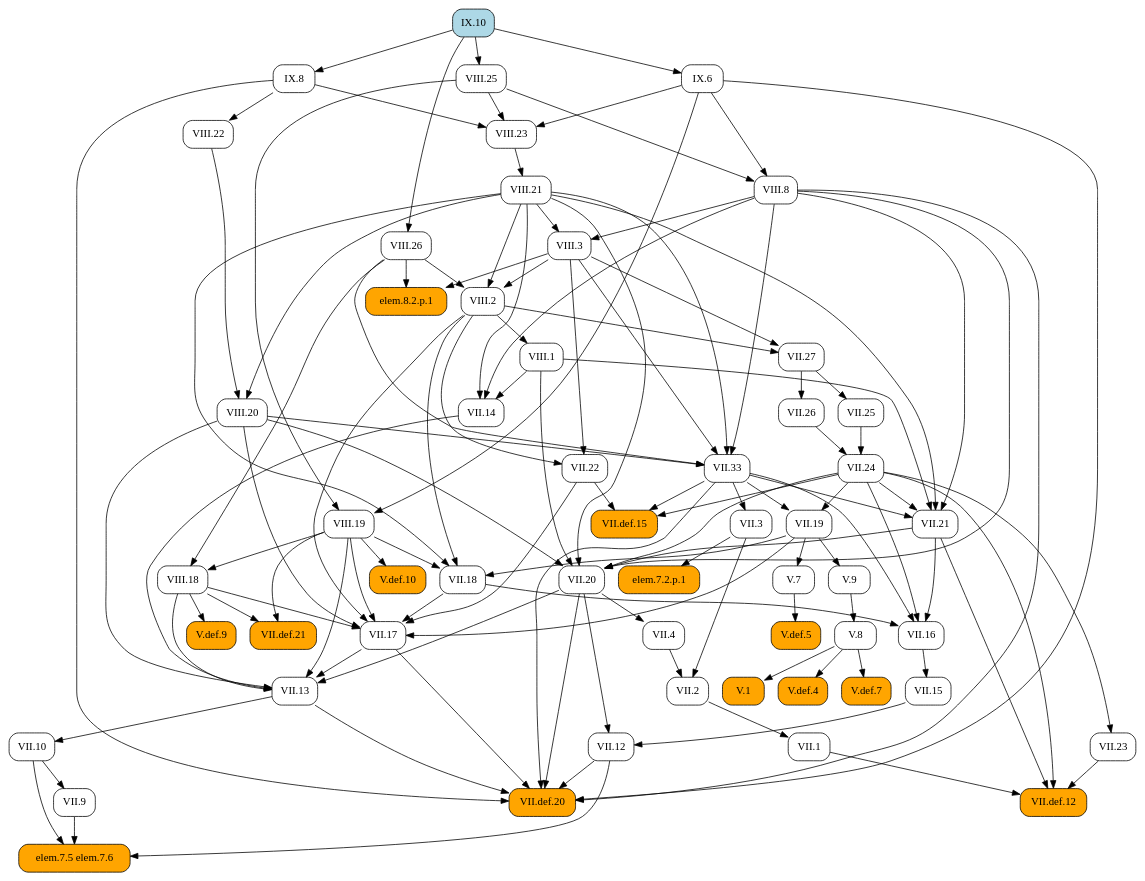
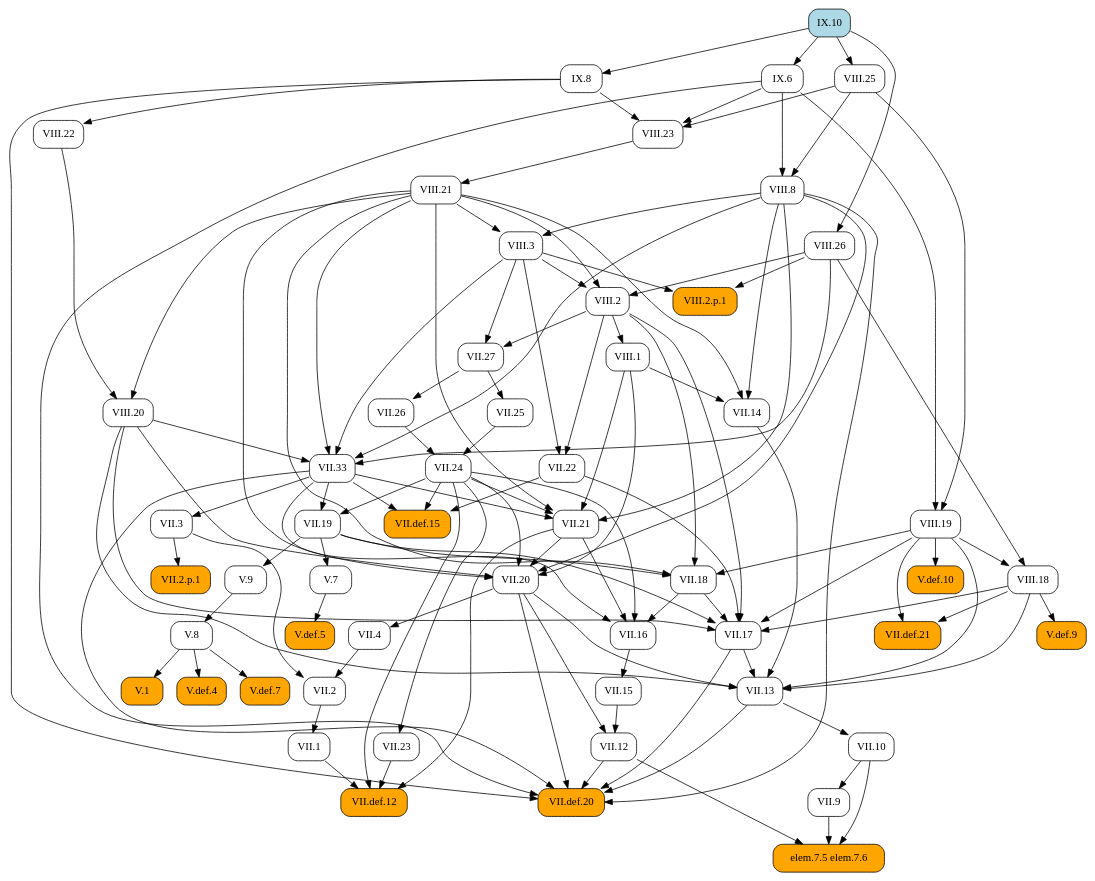
Before and after one commit to geometor/elements: the diagram in docsrc/heath/IX/10/index.rst, drawn with Graphviz. The commit also changed 484 other files, not shown here.

```diff
--- a/docsrc/heath/IX/10/index.rst
+++ b/docsrc/heath/IX/10/index.rst
@@ -60,68 +60,110 @@
    digraph {
      rankdir="TB";
      node [shape=box, style=rounded];
-     "VII.1" [URL="/heath/VII/1/", target="_top"];
-     "VIII.26" [URL="/heath/VIII/26/", target="_top"];
-     "V.def.10" [style="rounded,filled", fillcolor=orange, URL="/heath/V/def.10/", target="_top"];
+     "IX.8" [URL="/heath/IX/8/", target="_top"];
+     "VII.33" [URL="/heath/VII/33/", target="_top"];
+     "VII.12" [URL="/heath/VII/12/", target="_top"];
+     "elem.7.5 elem.7.6" [style="rounded,filled", fillcolor=orange];
+     "VIII.20" [URL="/heath/VIII/20/", target="_top"];
      "VII.9" [URL="/heath/VII/9/", target="_top"];
+     "IX.10" [style="rounded,filled", fillcolor=lightblue, URL="/heath/IX/10/", target="_top"];
+     "VIII.2" [URL="/heath/VIII/2/", target="_top"];
+     "VII.18" [URL="/heath/VII/18/", target="_top"];
+     "VII.16" [URL="/heath/VII/16/", target="_top"];
+     "V.7" [URL="/heath/V/7/", target="_top"];
+     "VII.26" [URL="/heath/VII/26/", target="_top"];
      "V.def.5" [style="rounded,filled", fillcolor=orange, URL="/heath/V/def.5/", target="_top"];
+     "V.9" [URL="/heath/V/9/", target="_top"];
+     "VIII.8" [URL="/heath/VIII/8/", target="_top"];
+     "VII.10" [URL="/heath/VII/10/", target="_top"];
+     "VIII.3" [URL="/heath/VIII/3/", target="_top"];
+     "VII.13" [URL="/heath/VII/13/", target="_top"];
+     "VIII.18" [URL="/heath/VIII/18/", target="_top"];
      "VIII.23" [URL="/heath/VIII/23/", target="_top"];
+     "VII.def.15" [style="rounded,filled", fillcolor=orange, URL="/heath/VII/def.15/", target="_top"];
+     "VIII.19" [URL="/heath/VIII/19/", target="_top"];
      "VII.17" [URL="/heath/VII/17/", target="_top"];
-     "VII.3" [URL="/heath/VII/3/", target="_top"];
-     "elem.7.5 elem.7.6" [style="rounded,filled", fillcolor=orange];
-     "VII.def.21" [style="rounded,filled", fillcolor=orange, URL="/heath/VII/def.21/", target="_top"];
+     "VIII.2.p.1" [style="rounded,filled", fillcolor=orange];
+     "VII.19" [URL="/heath/VII/19/", target="_top"];
+     "VII.2" [URL="/heath/VII/2/", target="_top"];
+     "VII.def.20" [style="rounded,filled", fillcolor=orange, URL="/heath/VII/def.20/", target="_top"];
+     "VII.2.p.1" [style="rounded,filled", fillcolor=orange];
+     "VII.15" [URL="/heath/VII/15/", target="_top"];
+     "V.def.4" [style="rounded,filled", fillcolor=orange, URL="/heath/V/def.4/", target="_top"];
+     "VIII.25" [URL="/heath/VIII/25/", target="_top"];
+     "VIII.22" [URL="/heath/VIII/22/", target="_top"];
+     "V.def.7" [style="rounded,filled", fillcolor=orange, URL="/heath/V/def.7/", target="_top"];
      "VIII.21" [URL="/heath/VIII/21/", target="_top"];
-     "V.7" [URL="/heath/V/7/", target="_top"];
-     "VIII.19" [URL="/heath/VIII/19/", target="_top"];
-     "VIII.25" [URL="/heath/VIII/25/", target="_top"];
-     "V.9" [URL="/heath/V/9/", target="_top"];
-     "VII.13" [URL="/heath/VII/13/", target="_top"];
-     "VII.2" [URL="/heath/VII/2/", target="_top"];
-     "VIII.1" [URL="/heath/VIII/1/", target="_top"];
-     "VIII.2" [URL="/heath/VIII/2/", target="_top"];
-     "VII.12" [URL="/heath/VII/12/", target="_top"];
-     "IX.8" [URL="/heath/IX/8/", target="_top"];
-     "VII.24" [URL="/heath/VII/24/", target="_top"];
-     "VII.def.12" [style="rounded,filled", fillcolor=orange, URL="/heath/VII/def.12/", target="_top"];
-     "V.8" [URL="/heath/V/8/", target="_top"];
-     "VII.33" [URL="/heath/VII/33/", target="_top"];
-     "VIII.22" [URL="/heath/VIII/22/", target="_top"];
-     "V.def.9" [style="rounded,filled", fillcolor=orange, URL="/heath/V/def.9/", target="_top"];
-     "VIII.18" [URL="/heath/VIII/18/", target="_top"];
-     "VII.10" [URL="/heath/VII/10/", target="_top"];
-     "elem.7.2.p.1" [style="rounded,filled", fillcolor=orange];
-     "VII.def.15" [style="rounded,filled", fillcolor=orange, URL="/heath/VII/def.15/", target="_top"];
-     "VII.18" [URL="/heath/VII/18/", target="_top"];
-     "VII.19" [URL="/heath/VII/19/", target="_top"];
-     "VII.16" [URL="/heath/VII/16/", target="_top"];
-     "VII.26" [URL="/heath/VII/26/", target="_top"];
-     "VII.4" [URL="/heath/VII/4/", target="_top"];
-     "VII.25" [URL="/heath/VII/25/", target="_top"];
-     "VII.21" [URL="/heath/VII/21/", target="_top"];
-     "V.1" [style="rounded,filled", fillcolor=orange, URL="/heath/V/1/", target="_top"];
-     "IX.6" [URL="/heath/IX/6/", target="_top"];
-     "IX.10" [style="rounded,filled", fillcolor=lightblue, URL="/heath/IX/10/", target="_top"];
-     "VII.20" [URL="/heath/VII/20/", target="_top"];
-     "VIII.8" [URL="/heath/VIII/8/", target="_top"];
      "VII.14" [URL="/heath/VII/14/", target="_top"];
      "VII.27" [URL="/heath/VII/27/", target="_top"];
-     "VIII.3" [URL="/heath/VIII/3/", target="_top"];
-     "V.def.4" [style="rounded,filled", fillcolor=orange, URL="/heath/V/def.4/", target="_top"];
+     "VII.21" [URL="/heath/VII/21/", target="_top"];
+     "V.def.10" [style="rounded,filled", fillcolor=orange, URL="/heath/V/def.10/", target="_top"];
      "VII.22" [URL="/heath/VII/22/", target="_top"];
-     "VIII.20" [URL="/heath/VIII/20/", target="_top"];
-     "V.def.7" [style="rounded,filled", fillcolor=orange, URL="/heath/V/def.7/", target="_top"];
+     "VIII.1" [URL="/heath/VIII/1/", target="_top"];
+     "VII.25" [URL="/heath/VII/25/", target="_top"];
+     "V.8" [URL="/heath/V/8/", target="_top"];
+     "VII.1" [URL="/heath/VII/1/", target="_top"];
      "VII.23" [URL="/heath/VII/23/", target="_top"];
-     "VII.15" [URL="/heath/VII/15/", target="_top"];
-     "VII.def.20" [style="rounded,filled", fillcolor=orange, URL="/heath/VII/def.20/", target="_top"];
-     "elem.8.2.p.1" [style="rounded,filled", fillcolor=orange];
-     "VII.2" -> "VII.1";
-     "IX.10" -> "VIII.26";
-     "VIII.19" -> "V.def.10";
+     "VII.4" [URL="/heath/VII/4/", target="_top"];
+     "VII.20" [URL="/heath/VII/20/", target="_top"];
+     "VII.def.12" [style="rounded,filled", fillcolor=orange, URL="/heath/VII/def.12/", target="_top"];
+     "V.1" [style="rounded,filled", fillcolor=orange, URL="/heath/V/1/", target="_top"];
+     "V.def.9" [style="rounded,filled", fillcolor=orange, URL="/heath/V/def.9/", target="_top"];
+     "VII.3" [URL="/heath/VII/3/", target="_top"];
+     "VII.24" [URL="/heath/VII/24/", target="_top"];
+     "VIII.26" [URL="/heath/VIII/26/", target="_top"];
+     "VII.def.21" [style="rounded,filled", fillcolor=orange, URL="/heath/VII/def.21/", target="_top"];
+     "IX.6" [URL="/heath/IX/6/", target="_top"];
+     "IX.10" -> "IX.8";
+     "VIII.3" -> "VII.33";
+     "VIII.8" -> "VII.33";
+     "VIII.20" -> "VII.33";
+     "VIII.21" -> "VII.33";
+     "VIII.26" -> "VII.33";
+     "VII.15" -> "VII.12";
+     "VII.20" -> "VII.12";
+     "VII.9" -> "elem.7.5 elem.7.6";
+     "VII.10" -> "elem.7.5 elem.7.6";
+     "VII.12" -> "elem.7.5 elem.7.6";
+     "VIII.21" -> "VIII.20";
+     "VIII.22" -> "VIII.20";
      "VII.10" -> "VII.9";
+     "VIII.3" -> "VIII.2";
+     "VIII.21" -> "VIII.2";
+     "VIII.26" -> "VIII.2";
+     "VII.19" -> "VII.18";
+     "VIII.2" -> "VII.18";
+     "VIII.19" -> "VII.18";
+     "VIII.21" -> "VII.18";
+     "VII.18" -> "VII.16";
+     "VII.21" -> "VII.16";
+     "VII.24" -> "VII.16";
+     "VII.33" -> "VII.16";
+     "VII.19" -> "V.7";
+     "VII.27" -> "VII.26";
      "V.7" -> "V.def.5";
+     "VII.19" -> "V.9";
+     "VIII.25" -> "VIII.8";
+     "IX.6" -> "VIII.8";
+     "VII.13" -> "VII.10";
+     "VIII.8" -> "VIII.3";
+     "VIII.21" -> "VIII.3";
+     "VII.14" -> "VII.13";
+     "VII.17" -> "VII.13";
+     "VII.20" -> "VII.13";
+     "VIII.18" -> "VII.13";
+     "VIII.19" -> "VII.13";
+     "VIII.20" -> "VII.13";
+     "VIII.19" -> "VIII.18";
+     "VIII.26" -> "VIII.18";
      "VIII.25" -> "VIII.23";
      "IX.6" -> "VIII.23";
      "IX.8" -> "VIII.23";
+     "VII.22" -> "VII.def.15";
+     "VII.24" -> "VII.def.15";
+     "VII.33" -> "VII.def.15";
+     "VIII.25" -> "VIII.19";
+     "IX.6" -> "VIII.19";
      "VII.18" -> "VII.17";
      "VII.19" -> "VII.17";
      "VII.22" -> "VII.17";
@@ -129,97 +171,12 @@
      "VIII.18" -> "VII.17";
      "VIII.19" -> "VII.17";
      "VIII.20" -> "VII.17";
-     "VII.33" -> "VII.3";
-     "VII.9" -> "elem.7.5 elem.7.6";
-     "VII.10" -> "elem.7.5 elem.7.6";
-     "VII.12" -> "elem.7.5 elem.7.6";
-     "VIII.18" -> "VII.def.21";
-     "VIII.19" -> "VII.def.21";
-     "VIII.23" -> "VIII.21";
-     "VII.19" -> "V.7";
-     "VIII.25" -> "VIII.19";
-     "IX.6" -> "VIII.19";
-     "IX.10" -> "VIII.25";
-     "VII.19" -> "V.9";
-     "VII.14" -> "VII.13";
-     "VII.17" -> "VII.13";
-     "VII.20" -> "VII.13";
-     "VIII.18" -> "VII.13";
-     "VIII.19" -> "VII.13";
-     "VIII.20" -> "VII.13";
+     "VIII.3" -> "VIII.2.p.1";
+     "VIII.26" -> "VIII.2.p.1";
+     "VII.24" -> "VII.19";
+     "VII.33" -> "VII.19";
      "VII.3" -> "VII.2";
      "VII.4" -> "VII.2";
-     "VIII.2" -> "VIII.1";
-     "VIII.3" -> "VIII.2";
-     "VIII.21" -> "VIII.2";
-     "VIII.26" -> "VIII.2";
-     "VII.15" -> "VII.12";
-     "VII.20" -> "VII.12";
-     "IX.10" -> "IX.8";
-     "VII.25" -> "VII.24";
-     "VII.26" -> "VII.24";
-     "VII.1" -> "VII.def.12";
-     "VII.21" -> "VII.def.12";
-     "VII.23" -> "VII.def.12";
-     "VII.24" -> "VII.def.12";
-     "V.9" -> "V.8";
-     "VIII.3" -> "VII.33";
-     "VIII.8" -> "VII.33";
-     "VIII.20" -> "VII.33";
-     "VIII.21" -> "VII.33";
-     "VIII.26" -> "VII.33";
-     "IX.8" -> "VIII.22";
-     "VIII.18" -> "V.def.9";
-     "VIII.19" -> "VIII.18";
-     "VIII.26" -> "VIII.18";
-     "VII.13" -> "VII.10";
-     "VII.3" -> "elem.7.2.p.1";
-     "VII.22" -> "VII.def.15";
-     "VII.24" -> "VII.def.15";
-     "VII.33" -> "VII.def.15";
-     "VII.19" -> "VII.18";
-     "VIII.2" -> "VII.18";
-     "VIII.19" -> "VII.18";
-     "VIII.21" -> "VII.18";
-     "VII.24" -> "VII.19";
-     "VII.33" -> "VII.19";
-     "VII.18" -> "VII.16";
-     "VII.21" -> "VII.16";
-     "VII.24" -> "VII.16";
-     "VII.33" -> "VII.16";
-     "VII.27" -> "VII.26";
-     "VII.20" -> "VII.4";
-     "VII.27" -> "VII.25";
-     "VII.24" -> "VII.21";
-     "VII.33" -> "VII.21";
-     "VIII.1" -> "VII.21";
-     "VIII.8" -> "VII.21";
-     "VIII.21" -> "VII.21";
-     "V.8" -> "V.1";
-     "IX.10" -> "IX.6";
-     "VII.21" -> "VII.20";
-     "VII.24" -> "VII.20";
-     "VIII.1" -> "VII.20";
-     "VIII.8" -> "VII.20";
-     "VIII.20" -> "VII.20";
-     "VIII.21" -> "VII.20";
-     "VIII.25" -> "VIII.8";
-     "IX.6" -> "VIII.8";
-     "VIII.1" -> "VII.14";
-     "VIII.8" -> "VII.14";
-     "VIII.21" -> "VII.14";
-     "VIII.2" -> "VII.27";
-     "VIII.3" -> "VII.27";
-     "VIII.8" -> "VIII.3";
-     "VIII.21" -> "VIII.3";
-     "V.8" -> "V.def.4";
-     "VIII.2" -> "VII.22";
-     "VIII.3" -> "VII.22";
-     "VIII.21" -> "VIII.20";
-     "VIII.22" -> "VIII.20";
-     "V.8" -> "V.def.7";
-     "VII.24" -> "VII.23";
-     "VII.16" -> "VII.15";
      "VII.12" -> "VII.def.20";
      "VII.13" -> "VII.def.20";
      "VII.17" -> "VII.def.20";
@@ -228,6 +185,49 @@
      "VIII.8" -> "VII.def.20";
      "IX.6" -> "VII.def.20";
      "IX.8" -> "VII.def.20";
-     "VIII.3" -> "elem.8.2.p.1";
-     "VIII.26" -> "elem.8.2.p.1";
+     "VII.3" -> "VII.2.p.1";
+     "VII.16" -> "VII.15";
+     "V.8" -> "V.def.4";
+     "IX.10" -> "VIII.25";
+     "IX.8" -> "VIII.22";
+     "V.8" -> "V.def.7";
+     "VIII.23" -> "VIII.21";
+     "VIII.1" -> "VII.14";
+     "VIII.8" -> "VII.14";
+     "VIII.21" -> "VII.14";
+     "VIII.2" -> "VII.27";
+     "VIII.3" -> "VII.27";
+     "VII.24" -> "VII.21";
+     "VII.33" -> "VII.21";
+     "VIII.1" -> "VII.21";
+     "VIII.8" -> "VII.21";
+     "VIII.21" -> "VII.21";
+     "VIII.19" -> "V.def.10";
+     "VIII.2" -> "VII.22";
+     "VIII.3" -> "VII.22";
+     "VIII.2" -> "VIII.1";
+     "VII.27" -> "VII.25";
+     "V.9" -> "V.8";
+     "VII.2" -> "VII.1";
+     "VII.24" -> "VII.23";
+     "VII.20" -> "VII.4";
+     "VII.21" -> "VII.20";
+     "VII.24" -> "VII.20";
+     "VIII.1" -> "VII.20";
+     "VIII.8" -> "VII.20";
+     "VIII.20" -> "VII.20";
+     "VIII.21" -> "VII.20";
+     "VII.1" -> "VII.def.12";
+     "VII.21" -> "VII.def.12";
+     "VII.23" -> "VII.def.12";
+     "VII.24" -> "VII.def.12";
+     "V.8" -> "V.1";
+     "VIII.18" -> "V.def.9";
+     "VII.33" -> "VII.3";
+     "VII.25" -> "VII.24";
+     "VII.26" -> "VII.24";
+     "IX.10" -> "VIII.26";
+     "VIII.18" -> "VII.def.21";
+     "VIII.19" -> "VII.def.21";
+     "IX.10" -> "IX.6";
    }
```
